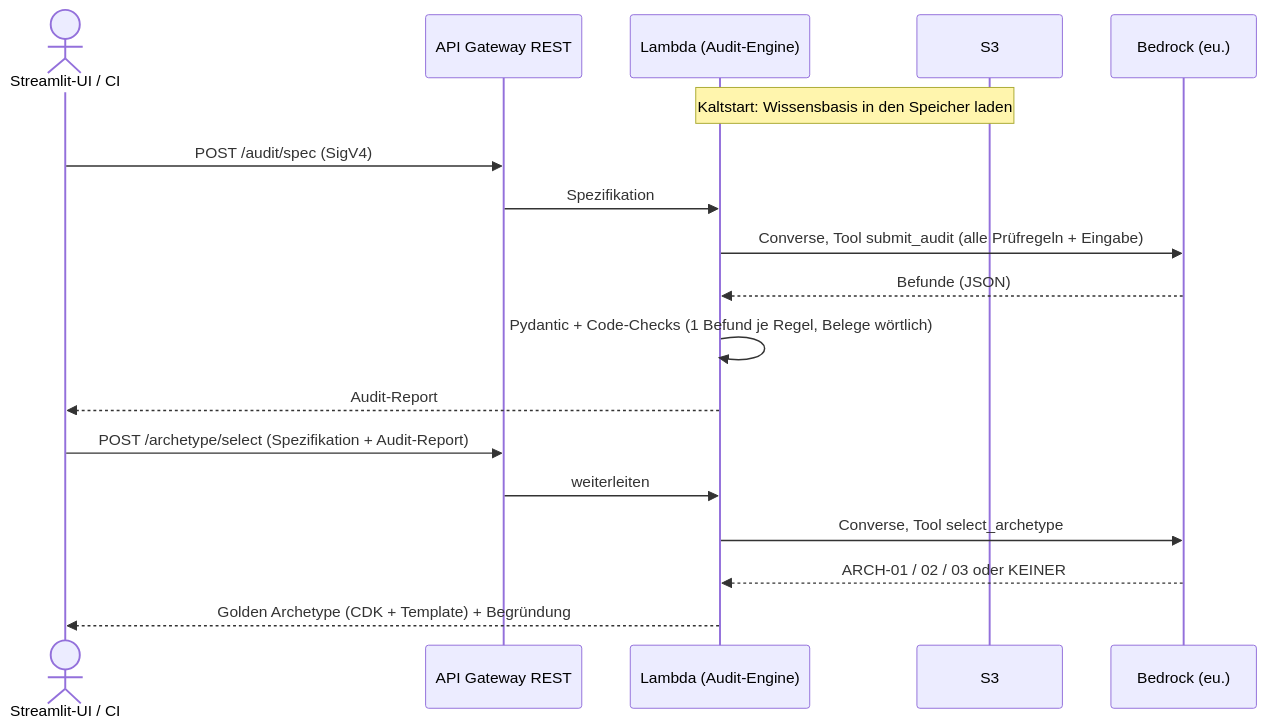
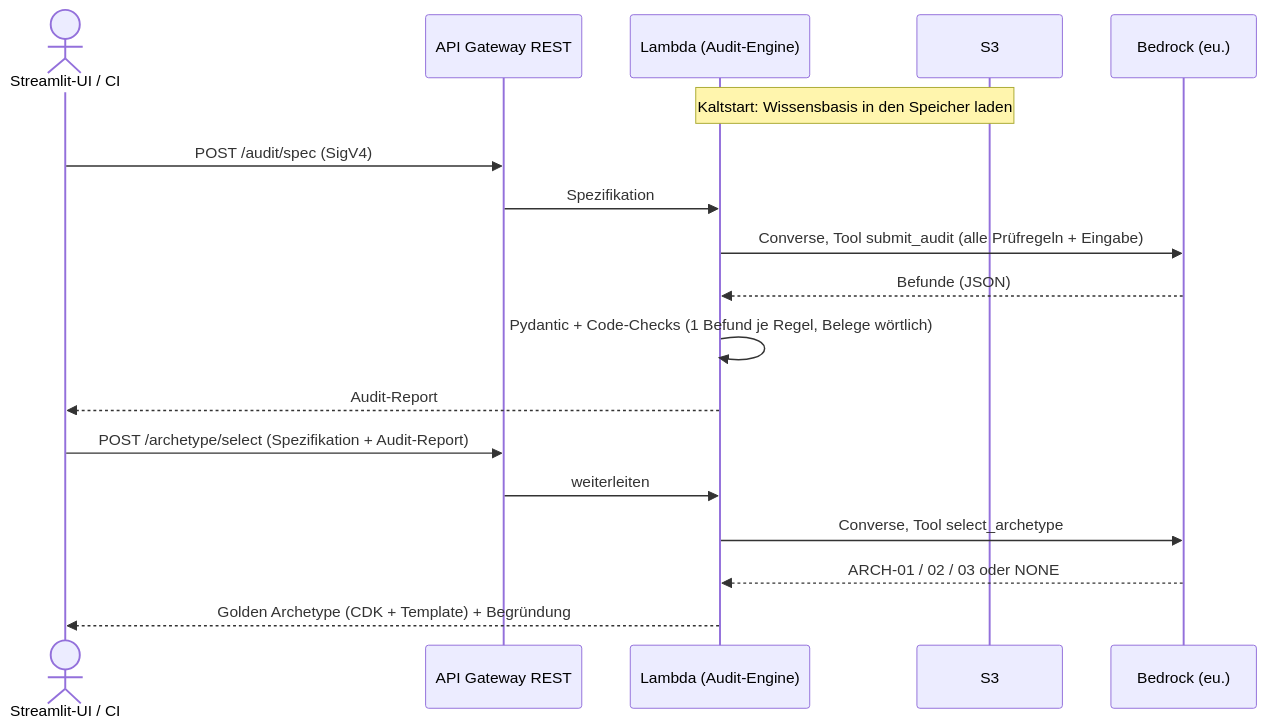
Before and after one commit to Daniel74/GovGuard: the second of 3 diagrams in docs/ARCHITECTURE.md, drawn with Mermaid. The commit also changed other lines of this file and 2 other files, not shown here.

````diff
--- a/docs/ARCHITECTURE.md
+++ b/docs/ARCHITECTURE.md
@@ -129,20 +129,20 @@
 ```mermaid
 sequenceDiagram
   actor U as Streamlit-UI / CI
   participant API as API Gateway REST
   participant L as Lambda (Audit-Engine)
   participant S3 as S3
   participant B as Bedrock (eu.)
   Note over L,S3: Kaltstart: Wissensbasis in den Speicher laden
   U->>API: POST /audit/spec (SigV4)
   API->>L: Spezifikation
   L->>B: Converse, Tool submit_audit (alle Prüfregeln + Eingabe)
   B-->>L: Befunde (JSON)
   L->>L: Pydantic + Code-Checks (1 Befund je Regel, Belege wörtlich)
   L-->>U: Audit-Report
   U->>API: POST /archetype/select (Spezifikation + Audit-Report)
   API->>L: weiterleiten
   L->>B: Converse, Tool select_archetype
-  B-->>L: ARCH-01 / 02 / 03 oder KEINER
+  B-->>L: ARCH-01 / 02 / 03 oder NONE
   L-->>U: Golden Archetype (CDK + Template) + Begründung
 ```
````
